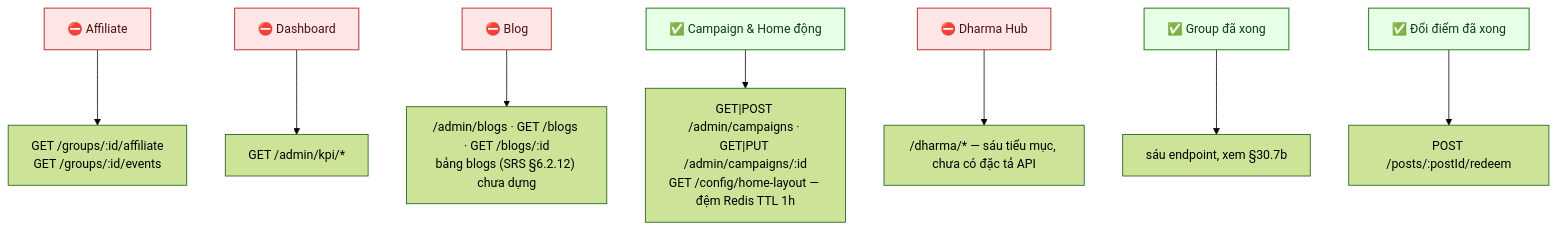
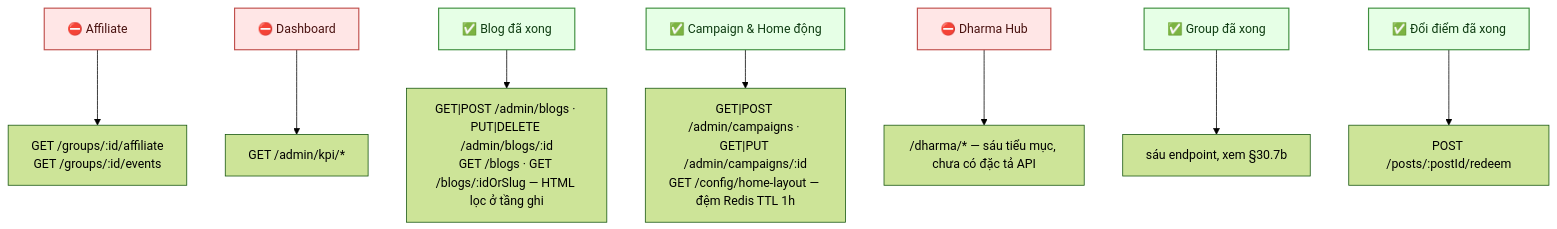
Before and after one commit to fdshn/trueheart: the second of 2 diagrams in docs/diagram/30-endpoint-matrix.md, drawn with Mermaid (forest theme). The commit also changed 36 other files, not shown here.

First line of the commit message:
feat(blog): F64 Blog & Tin tức — lọc HTML ở tầng ghi, và phép kiểm đo cột thật trong database

````diff
--- a/docs/diagram/30-endpoint-matrix.md
+++ b/docs/diagram/30-endpoint-matrix.md
@@ -182,19 +182,19 @@
 ```mermaid
 flowchart TD
     B["⛔ Affiliate"] --> B1["GET /groups/:id/affiliate<br/>GET /groups/:id/events"]
     D["⛔ Dashboard"] --> D1["GET /admin/kpi/*"]
-    E["⛔ Blog"] --> E1["/admin/blogs · GET /blogs · GET /blogs/:id<br/>bảng blogs (SRS §6.2.12) chưa dựng"]
+    E["✅ Blog đã xong"] --> E1["GET|POST /admin/blogs · PUT|DELETE /admin/blogs/:id<br/>GET /blogs · GET /blogs/:idOrSlug — HTML lọc ở tầng ghi"]
     G["✅ Campaign & Home động"] --> G1["GET|POST /admin/campaigns · GET|PUT /admin/campaigns/:id<br/>GET /config/home-layout — đệm Redis TTL 1h"]
     F["⛔ Dharma Hub"] --> F1["/dharma/* — sáu tiểu mục, chưa có đặc tả API"]
 
     A["✅ Group đã xong"] --> A1["sáu endpoint, xem §30.7b"]
     C["✅ Đổi điểm đã xong"] --> C1["POST /posts/:postId/redeem"]
 
     style A fill:#e6ffe6,stroke:#3f8f3f,stroke-width:1.5px,color:#0f3d12
     style C fill:#e6ffe6,stroke:#3f8f3f,stroke-width:1.5px,color:#0f3d12
     style B fill:#ffe6e6,stroke:#c0504d,stroke-width:1.5px,color:#4a1210
     style D fill:#ffe6e6,stroke:#c0504d,stroke-width:1.5px,color:#4a1210
-    style E fill:#ffe6e6,stroke:#c0504d,stroke-width:1.5px,color:#4a1210
+    style E fill:#e6ffe6,stroke:#3f8f3f,stroke-width:1.5px,color:#0f3d12
     style F fill:#ffe6e6,stroke:#c0504d,stroke-width:1.5px,color:#4a1210
     style G fill:#e6ffe6,stroke:#3f8f3f,stroke-width:1.5px,color:#0f3d12
 ```
````
